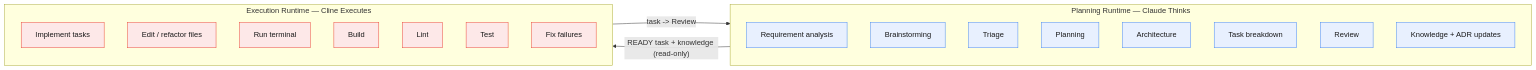
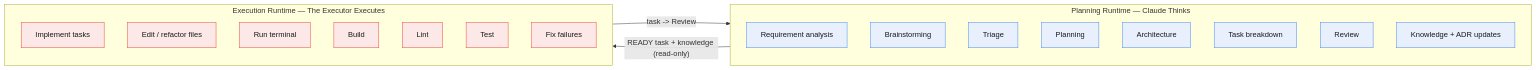
One commit to Vtquan123/strix changed the diagram in reference/workflow/runtime-separation.md. Above: the diagram before and after it, drawn with Mermaid. The commit also changed other lines of this file and 95 other files, not shown here.

````diff
--- a/reference/workflow/runtime-separation.md
+++ b/reference/workflow/runtime-separation.md
@@ -8,33 +8,33 @@
 ```mermaid
 flowchart LR
     subgraph Planning["Planning Runtime — Claude Thinks"]
         direction TB
         P1[Requirement analysis]
         P2[Brainstorming]
         P3[Triage]
         P4[Planning]
         P5[Architecture]
         P6[Task breakdown]
         P7[Review]
         P8[Knowledge + ADR updates]
     end
 
-    subgraph Execution["Execution Runtime — Cline Executes"]
+    subgraph Execution["Execution Runtime — The Executor Executes"]
         direction TB
         E1[Implement tasks]
         E2[Edit / refactor files]
         E3[Run terminal]
         E4[Build]
         E5[Lint]
         E6[Test]
         E7[Fix failures]
     end
 
     Planning -- "READY task + knowledge (read-only)" --> Execution
     Execution -- "task -> Review" --> Planning
 
     classDef think fill:#e8f0fe,stroke:#4285f4,color:#1a1a1a;
     classDef exec fill:#fde8e8,stroke:#ea4335,color:#1a1a1a;
     class P1,P2,P3,P4,P5,P6,P7,P8 think;
     class E1,E2,E3,E4,E5,E6,E7 exec;
 ```
````
